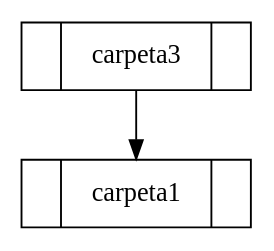
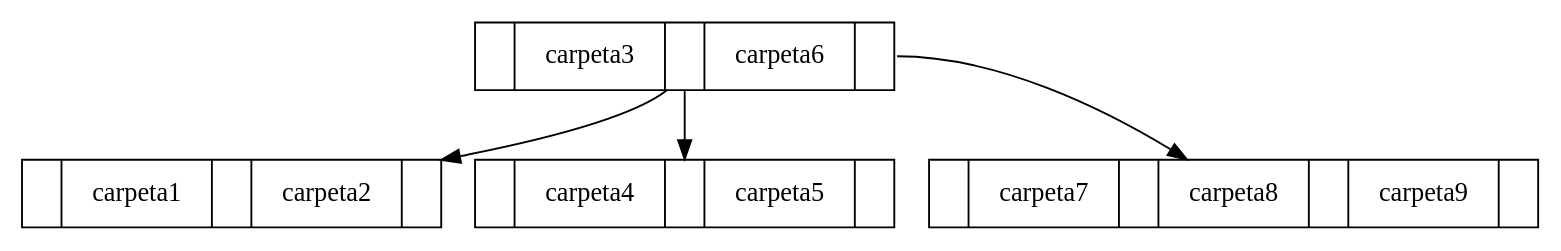
The diagram in Proyecto2_Edd/Estructuras_Python/CalendarDriver/grafica_BCarpeta.dot (samuel26jimenez/Proyecto2s12017_200714558_200925238), drawn with Graphviz before and after one commit. The commit also changed 3 other files, not shown here.

```diff
--- a/Proyecto2_Edd/Estructuras_Python/CalendarDriver/grafica_BCarpeta.dot
+++ b/Proyecto2_Edd/Estructuras_Python/CalendarDriver/grafica_BCarpeta.dot
@@ -1,8 +1,12 @@
 
 digraph G{
 
  node [shape=record] ;
-Nodo0[label="<PO>|carpeta3|<P1>"];
+Nodo0[label="<PO>|carpeta3|<P1>|carpeta6|<P2>"];
 Nodo0:P0 -> Nodo1;
-Nodo1[label="<PO>|carpeta1|<P1>"];
+Nodo1[label="<PO>|carpeta1|<P1>|carpeta2|<P2>"];
+Nodo0:P1 -> Nodo2;
+Nodo2[label="<PO>|carpeta4|<P1>|carpeta5|<P2>"];
+Nodo0:P2 -> Nodo3;
+Nodo3[label="<PO>|carpeta7|<P1>|carpeta8|<P2>|carpeta9|<P3>"];
 }
```
